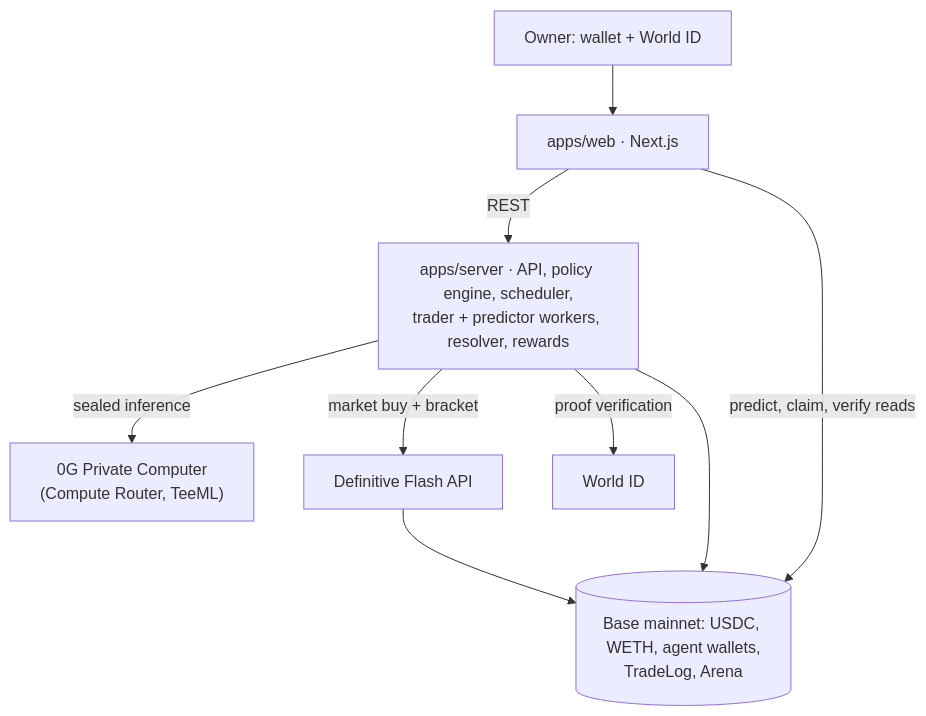
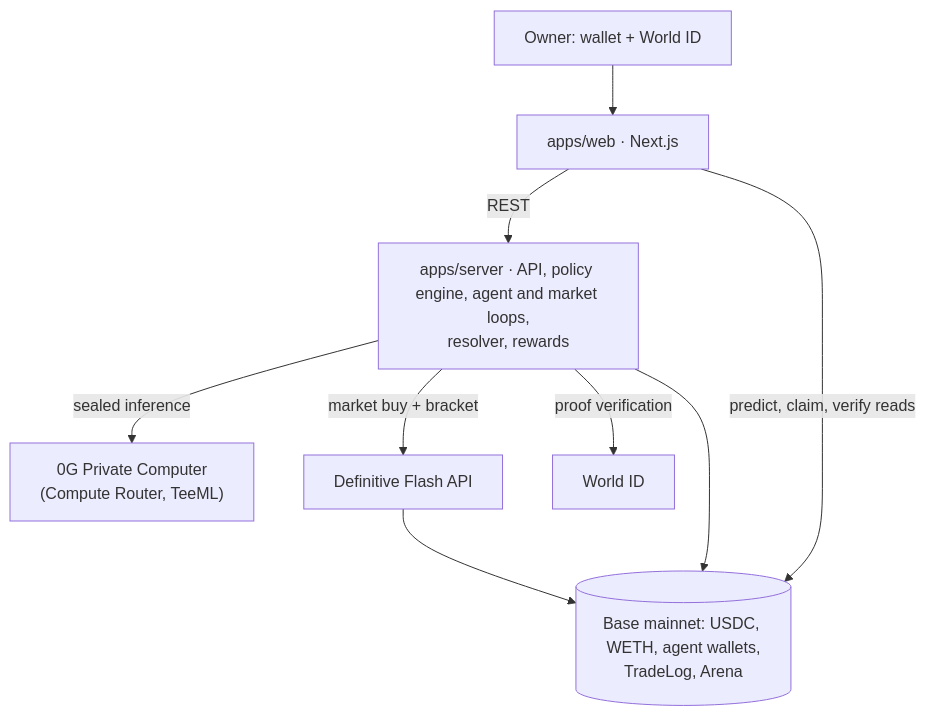
The diagram in README.md (Evilstein-debug/ethglobal26), drawn with Mermaid before and after one commit. The commit also changed other lines of this file and 5 other files, not shown here.

````diff
--- a/README.md
+++ b/README.md
@@ -42,11 +50,11 @@
 ```mermaid
 flowchart TB
   Owner["Owner: wallet + World ID"] --> Web["apps/web · Next.js"]
-  Web -- REST --> Server["apps/server · API, policy engine, scheduler,<br/>trader + predictor workers, resolver, rewards"]
+  Web -- REST --> Server["apps/server · API, policy engine, agent and market loops,<br/>resolver, rewards"]
   Web -- "predict, claim, verify reads" --> Base
   Server -- "sealed inference" --> ZG["0G Private Computer<br/>(Compute Router, TeeML)"]
   Server -- "market buy + bracket" --> Flash["Definitive Flash API"]
   Server -- "proof verification" --> World["World ID"]
   Server --> Base[("Base mainnet: USDC, WETH, agent wallets,<br/>TradeLog, Arena")]
   Flash --> Base
 ```
````
